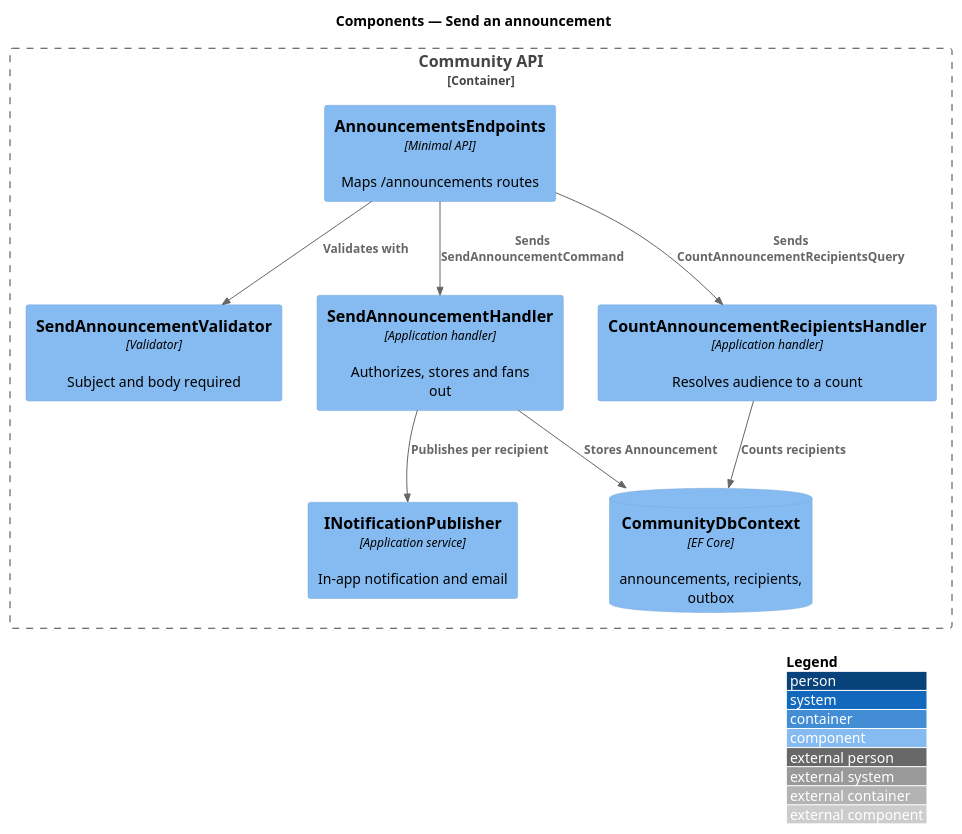
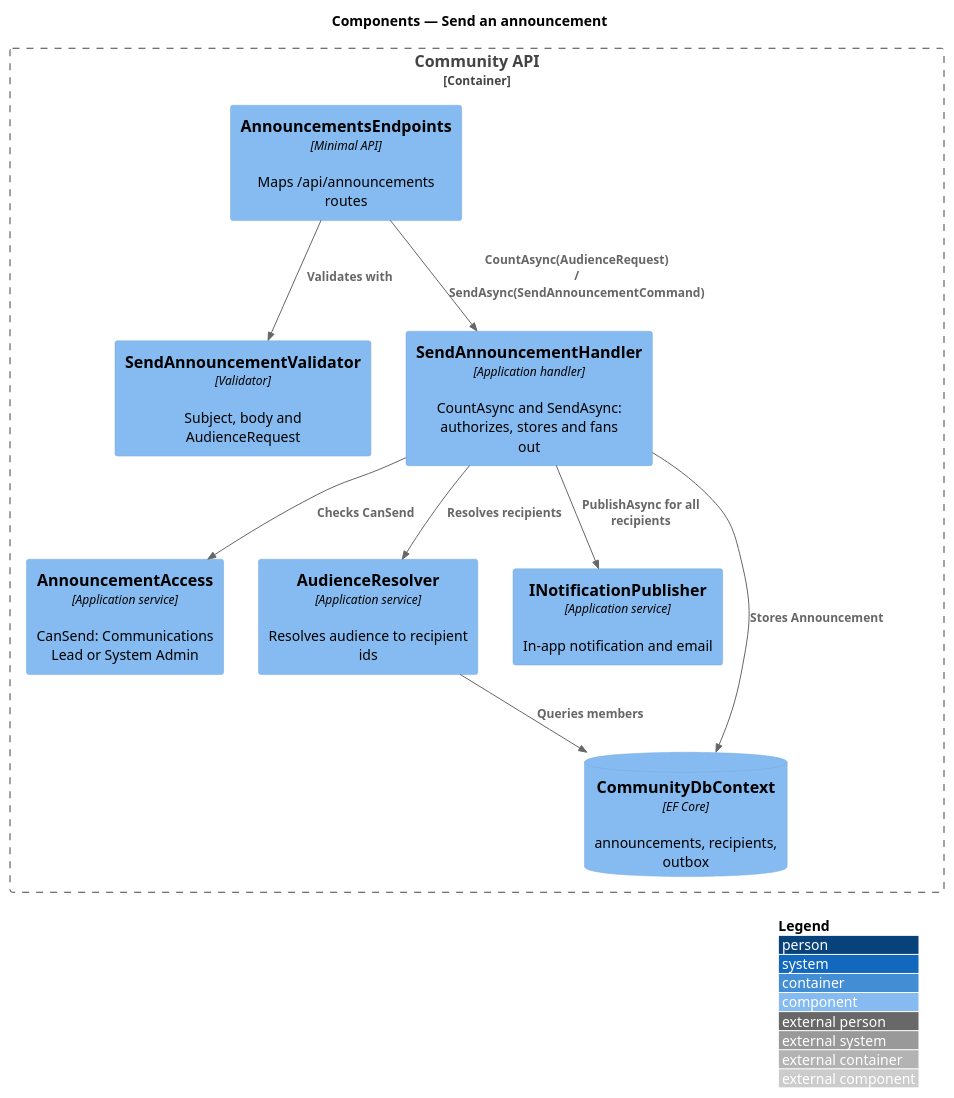
Before and after one commit to QuinntyneBrown/faithtech-community: the diagram in docs/detailed-designs/announcements/send-announcement/diagrams/c4-component.puml, drawn with PlantUML. The commit also changed 33 other files, not shown here.

First line of the commit message:
Redraw the notification, announcement and search diagrams to match the code

```diff
--- a/docs/detailed-designs/announcements/send-announcement/diagrams/c4-component.puml
+++ b/docs/detailed-designs/announcements/send-announcement/diagrams/c4-component.puml
@@ -1,19 +1,21 @@
 @startuml
 !include <C4/C4_Component>
 LAYOUT_WITH_LEGEND()
 title Components — Send an announcement
 Container_Boundary(api, "Community API") {
-  Component(ep, "AnnouncementsEndpoints", "Minimal API", "Maps /announcements routes")
-  Component(val, "SendAnnouncementValidator", "Validator", "Subject and body required")
-  Component(send, "SendAnnouncementHandler", "Application handler", "Authorizes, stores and fans out")
-  Component(count, "CountAnnouncementRecipientsHandler", "Application handler", "Resolves audience to a count")
+  Component(ep, "AnnouncementsEndpoints", "Minimal API", "Maps /api/announcements routes")
+  Component(val, "SendAnnouncementValidator", "Validator", "Subject, body and AudienceRequest")
+  Component(send, "SendAnnouncementHandler", "Application handler", "CountAsync and SendAsync: authorizes, stores and fans out")
+  Component(access, "AnnouncementAccess", "Application service", "CanSend: Communications Lead or System Admin")
+  Component(aud, "AudienceResolver", "Application service", "Resolves audience to recipient ids")
   Component(pub, "INotificationPublisher", "Application service", "In-app notification and email")
   ComponentDb(db, "CommunityDbContext", "EF Core", "announcements, recipients, outbox")
 }
 Rel(ep, val, "Validates with")
-Rel(ep, send, "Sends SendAnnouncementCommand")
-Rel(ep, count, "Sends CountAnnouncementRecipientsQuery")
-Rel(send, pub, "Publishes per recipient")
+Rel(ep, send, "CountAsync(AudienceRequest) / SendAsync(SendAnnouncementCommand)")
+Rel(send, access, "Checks CanSend")
+Rel(send, aud, "Resolves recipients")
+Rel(aud, db, "Queries members")
+Rel(send, pub, "PublishAsync for all recipients")
 Rel(send, db, "Stores Announcement")
-Rel(count, db, "Counts recipients")
 @enduml
```
